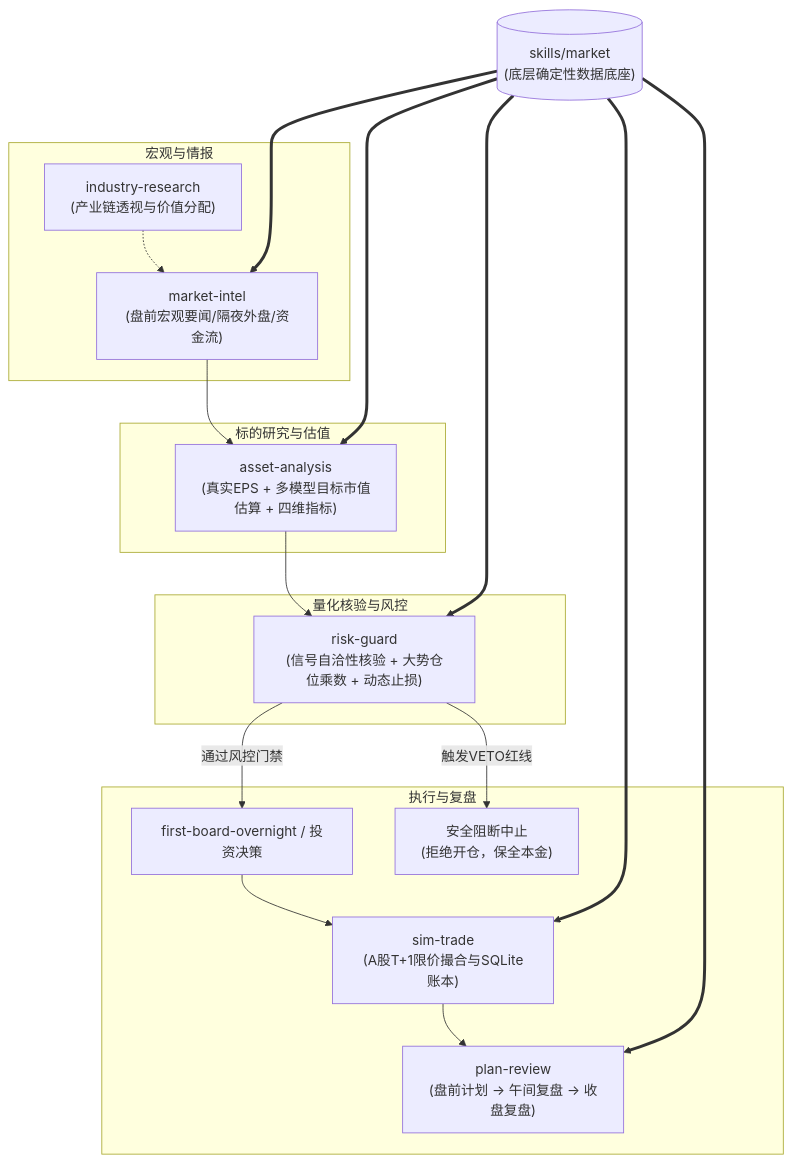
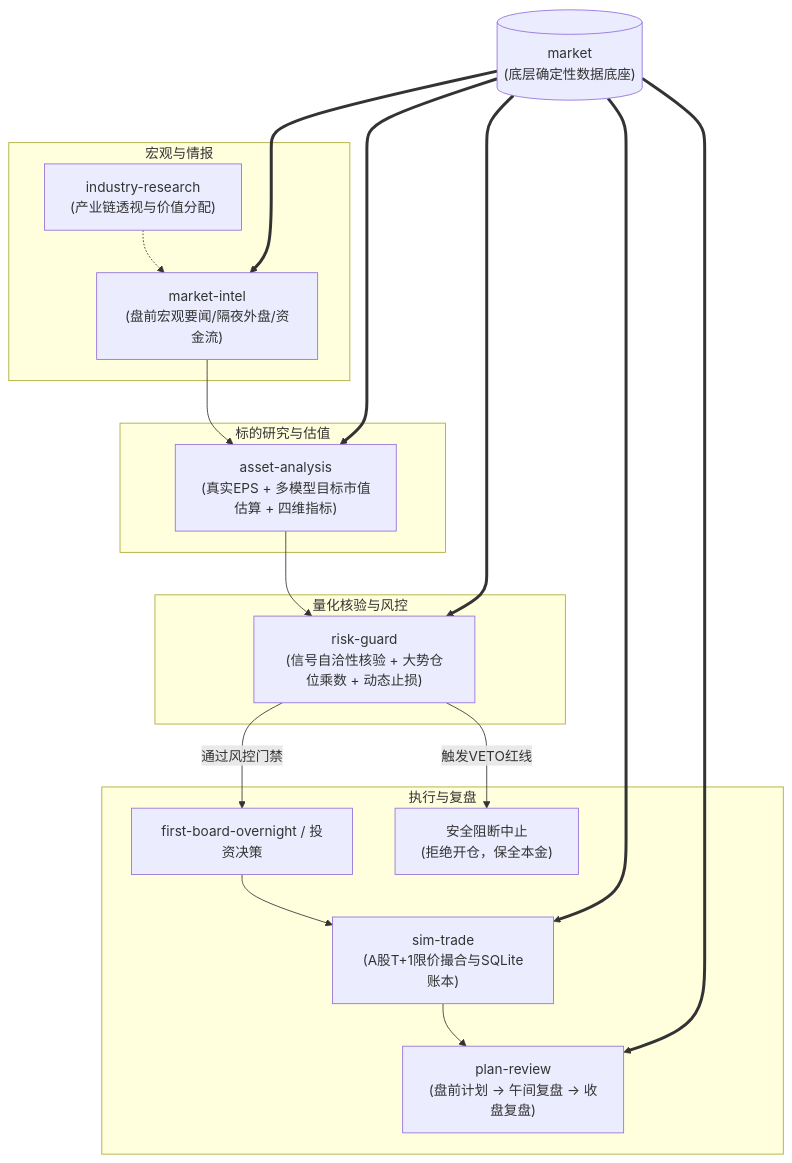
Before and after one commit to Fize/mmtickerlab: the diagram in README.md, drawn with Mermaid. The commit also changed other lines of this file and 54 other files, not shown here.

````diff
--- a/README.md
+++ b/README.md
@@ -28,27 +28,27 @@
 ```mermaid
 flowchart TD
     subgraph 宏观与情报
         A["industry-research<br/>(产业链透视与价值分配)"] -.-> B["market-intel<br/>(盘前宏观要闻/隔夜外盘/资金流)"]
     end
 
     subgraph 标的研究与估值
         B --> C["asset-analysis<br/>(真实EPS + 多模型目标市值估算 + 四维指标)"]
     end
 
     subgraph 量化核验与风控
         C --> D["risk-guard<br/>(信号自洽性核验 + 大势仓位乘数 + 动态止损)"]
     end
 
     subgraph 执行与复盘
         D -->|通过风控门禁| E["first-board-overnight / 投资决策"]
         E --> F["sim-trade<br/>(A股T+1限价撮合与SQLite账本)"]
         D -->|触发VETO红线| X["安全阻断中止<br/>(拒绝开仓，保全本金)"]
         F --> G["plan-review<br/>(盘前计划 -> 午间复盘 -> 收盘复盘)"]
     end
 
-    market[("skills/market<br/>(底层确定性数据底座)")] ===> B
+    market[("market<br/>(底层确定性数据底座)")] ===> B
     market ===> C
     market ===> D
     market ===> F
     market ===> G
 ```
````
